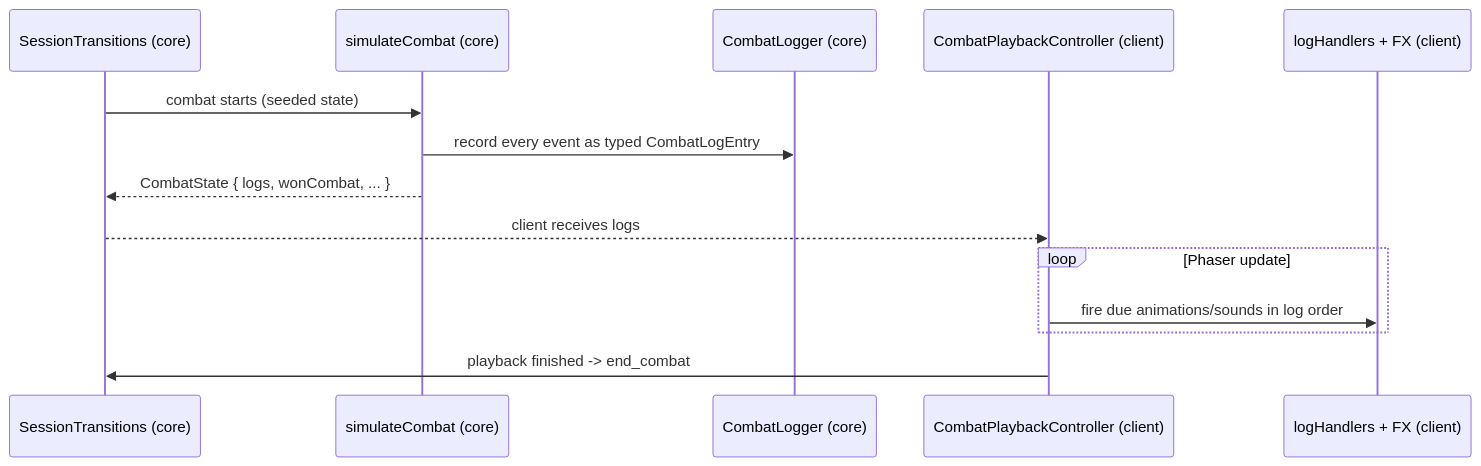
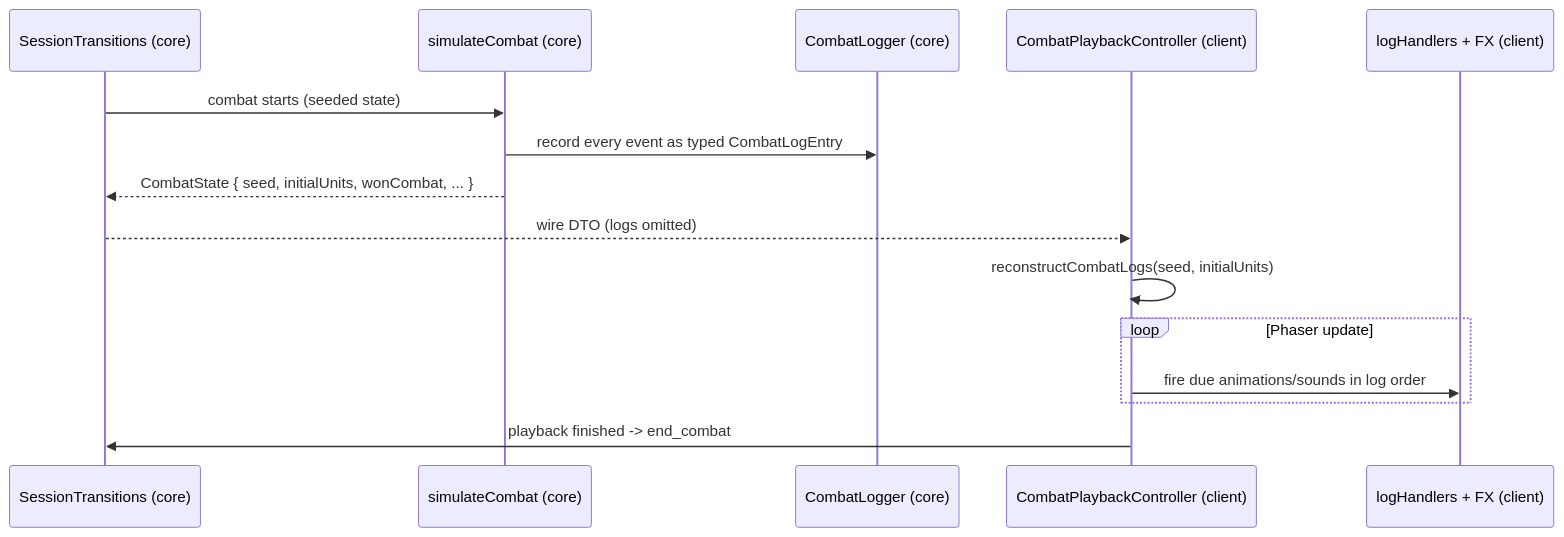
Before and after one commit to lfarroco/mana-game: the diagram in docs/combat-architecture.md, drawn with Mermaid. The commit also changed other lines of this file and 26 other files, not shown here.

First line of the commit message:
fix(combat): reconstruct logs from seed instead of storing or transmitting them

````diff
--- a/docs/combat-architecture.md
+++ b/docs/combat-architecture.md
@@ -38,17 +42,18 @@
 ```mermaid
 sequenceDiagram
     participant Session as SessionTransitions (core)
     participant Sim as simulateCombat (core)
     participant Log as CombatLogger (core)
     participant Play as CombatPlaybackController (client)
     participant FX as logHandlers + FX (client)
 
     Session->>Sim: combat starts (seeded state)
     Sim->>Log: record every event as typed CombatLogEntry
-    Sim-->>Session: CombatState { logs, wonCombat, ... }
-    Session-->>Play: client receives logs
+    Sim-->>Session: CombatState { seed, initialUnits, wonCombat, ... }
+    Session-->>Play: wire DTO (logs omitted)
+    Play->>Play: reconstructCombatLogs(seed, initialUnits)
     loop Phaser update
         Play->>FX: fire due animations/sounds in log order
     end
     Play->>Session: playback finished -> end_combat
 ```
````
